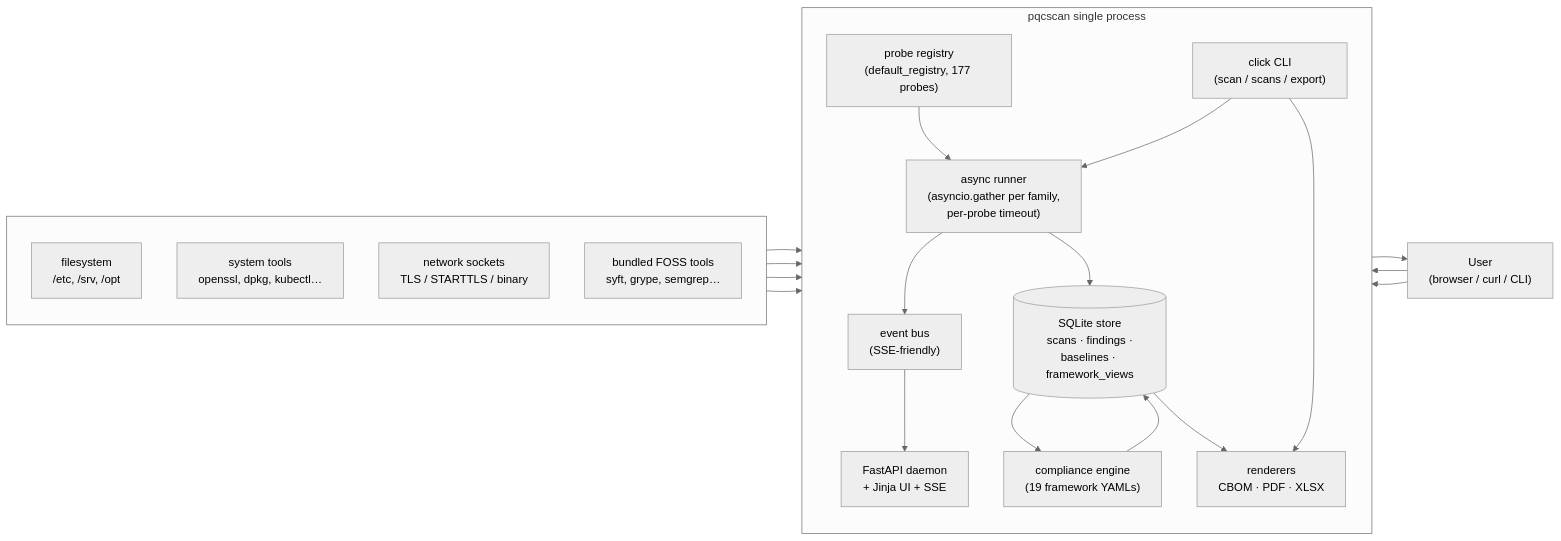
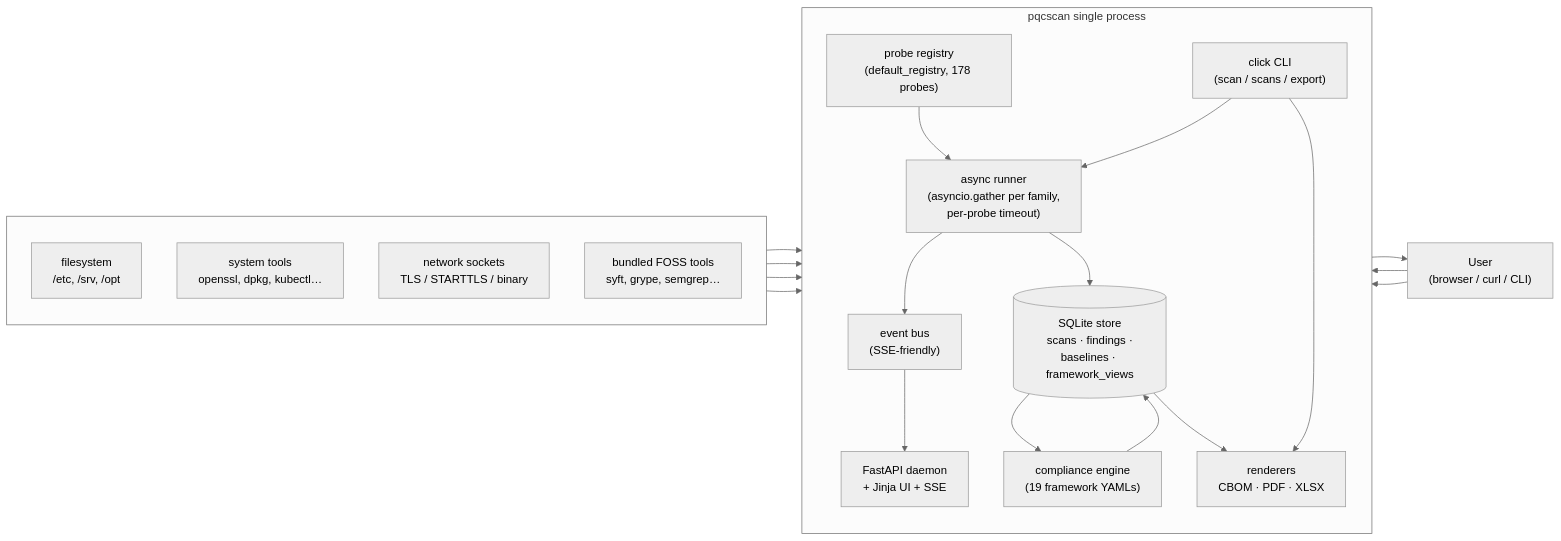
The first of 7 diagrams in README.md (orengacademy/pqc-scanner2), drawn with Mermaid (neutral theme) before and after one commit. The commit also changed other lines of this file and 32 other files, not shown here.

````diff
--- a/README.md
+++ b/README.md
@@ -125,39 +125,39 @@
 ```mermaid
 flowchart LR
     subgraph host[" "]
         direction TB
         FS["filesystem<br/>/etc, /srv, /opt"]
         SYS["system tools<br/>openssl, dpkg, kubectl…"]
         NET["network sockets<br/>TLS / STARTTLS / binary"]
         FOSS["bundled FOSS tools<br/>syft, grype, semgrep…"]
     end
 
     subgraph proc["pqcscan single process"]
         direction TB
-        REG["probe registry<br/>(default_registry, 177 probes)"]
+        REG["probe registry<br/>(default_registry, 178 probes)"]
         RUN["async runner<br/>(asyncio.gather per family,<br/>per-probe timeout)"]
         BUS["event bus<br/>(SSE-friendly)"]
         REPO[("SQLite store<br/>scans · findings ·<br/>baselines · framework_views")]
         COMP["compliance engine<br/>(19 framework YAMLs)"]
         DAEMON["FastAPI daemon<br/>+ Jinja UI + SSE"]
         CLI["click CLI<br/>(scan / scans / export)"]
         REND["renderers<br/>CBOM · PDF · XLSX"]
     end
 
     USER["User<br/>(browser / curl / CLI)"]
 
     FS  --> RUN
     SYS --> RUN
     NET --> RUN
     FOSS --> RUN
     REG --> RUN
     RUN --> BUS --> DAEMON
     RUN --> REPO
     REPO --> COMP --> REPO
     REPO --> REND
     DAEMON --> USER
     CLI   --> RUN
     CLI   --> REND
     USER  --> DAEMON
     USER  --> CLI
 ```
````
